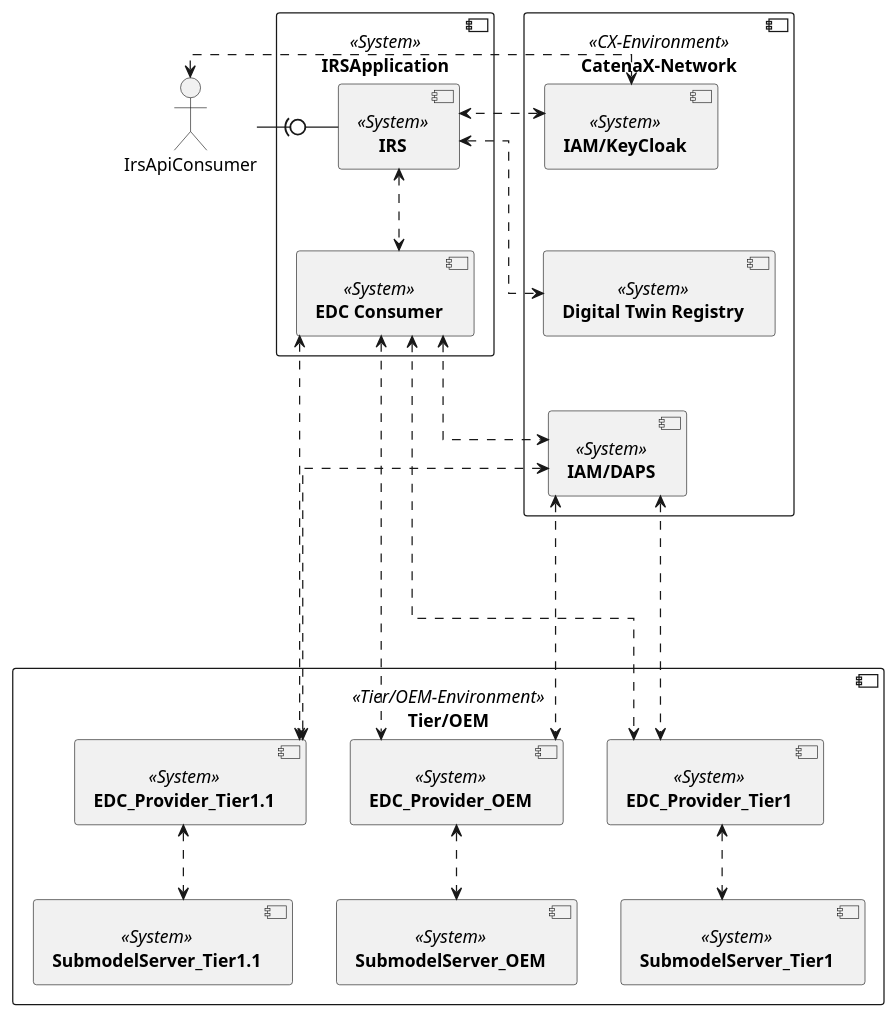
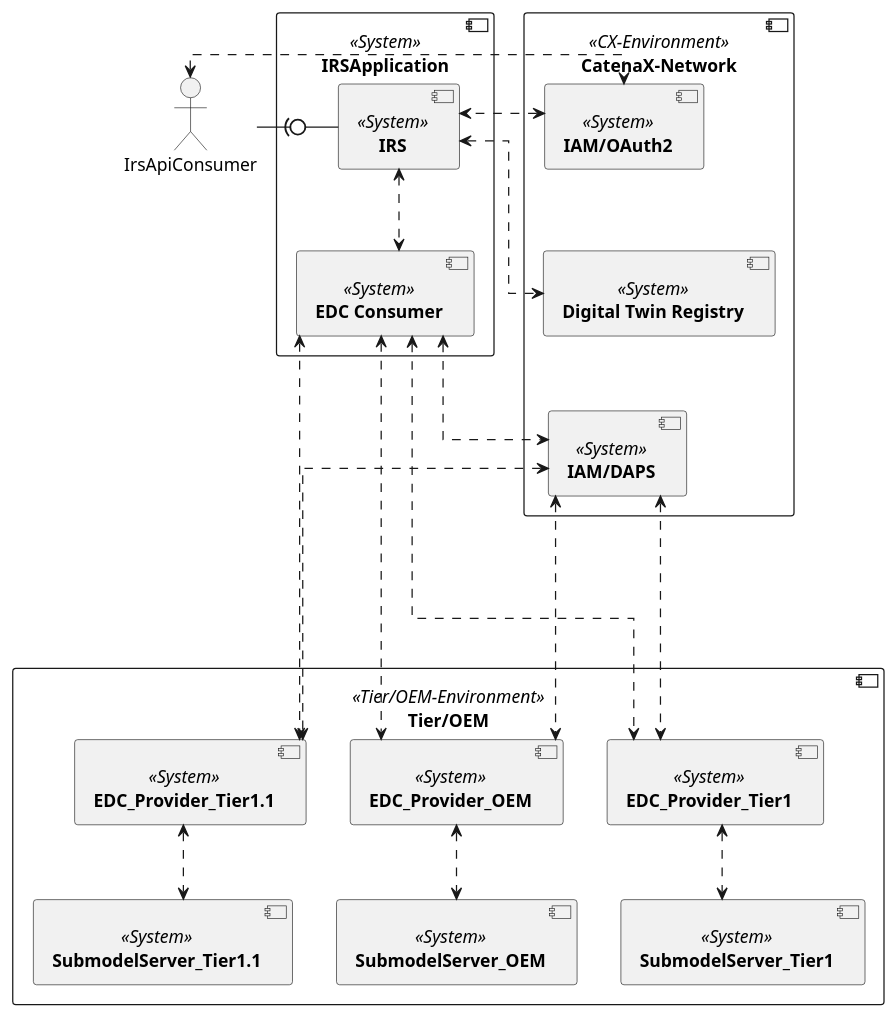
Before and after one commit to eclipse-tractusx/item-relationship-service: the diagram in docs/src/uml-diagrams/building-block-view/whitebox_overall.puml, drawn with PlantUML. The commit also changed 34 other files, not shown here.

```diff
--- a/docs/src/uml-diagrams/building-block-view/whitebox_overall.puml
+++ b/docs/src/uml-diagrams/building-block-view/whitebox_overall.puml
@@ -1,52 +1,52 @@
 @startuml
 skinparam monochrome true
 skinparam shadowing false
 skinparam spacing 50
 skinparam linetype ortho
 skinparam defaultFontName "Architects daughter"
 
 
 component [**IRSApplication**] <<System>> {
 	component [**IRS**] <<System>> as IRS
 	component [**EDC Consumer**] <<System>> as EDC
 
 }
 
 component [**CatenaX-Network**] <<CX-Environment>> {
-    component [**IAM/KeyCloak**] <<System>> as IAM_IRS
+    component [**IAM/OAuth2**] <<System>> as IAM_IRS
     component [**Digital Twin Registry**] <<System>> as DT_REG
     component [**IAM/DAPS**] <<System>> as IAM_DAPS
     IAM_IRS --[hidden]> DT_REG
     DT_REG --[hidden]>  IAM_DAPS
 }
 
 component [**Tier/OEM**] <<Tier/OEM-Environment>> {
 
     component [**EDC_Provider_OEM**] <<System>> as EDCProviderOEM
     component [**EDC_Provider_Tier1**] <<System>> as EDCProviderTier1
     component [**EDC_Provider_Tier1.1**] <<System>> as EDCProviderTier11
     component [**SubmodelServer_OEM**] <<System>> as SubmodelServerOEM
     component [**SubmodelServer_Tier1**] <<System>> as SubmodelServerTier1
     component [**SubmodelServer_Tier1.1**] <<System>> as SubmodelServerTier11
 }
 
 
 actor IrsApiConsumer
 
 IrsApiConsumer -right(0- IRS
 IrsApiConsumer <.r.> IAM_IRS
 IRS <.d.> EDC
 IRS <.l.> IAM_IRS
 IRS <.> DT_REG
 EDC <..> IAM_DAPS
 EDC <..> EDCProviderOEM
 EDC <...> EDCProviderTier1
 EDC <....> EDCProviderTier11
 IAM_DAPS <..> EDCProviderOEM
 IAM_DAPS <...> EDCProviderTier1
 IAM_DAPS <....> EDCProviderTier11
 EDCProviderOEM <..> SubmodelServerOEM
 EDCProviderTier1 <..> SubmodelServerTier1
 EDCProviderTier11 <..> SubmodelServerTier11
 
 @enduml
```
